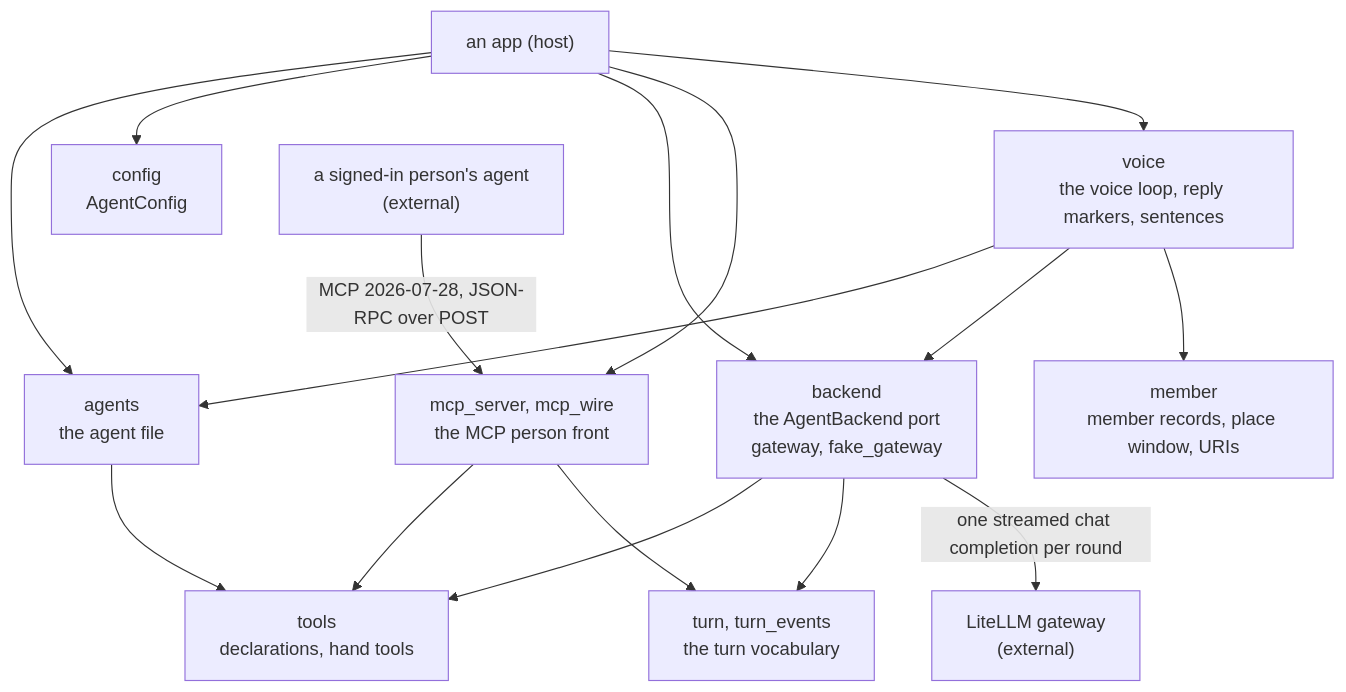
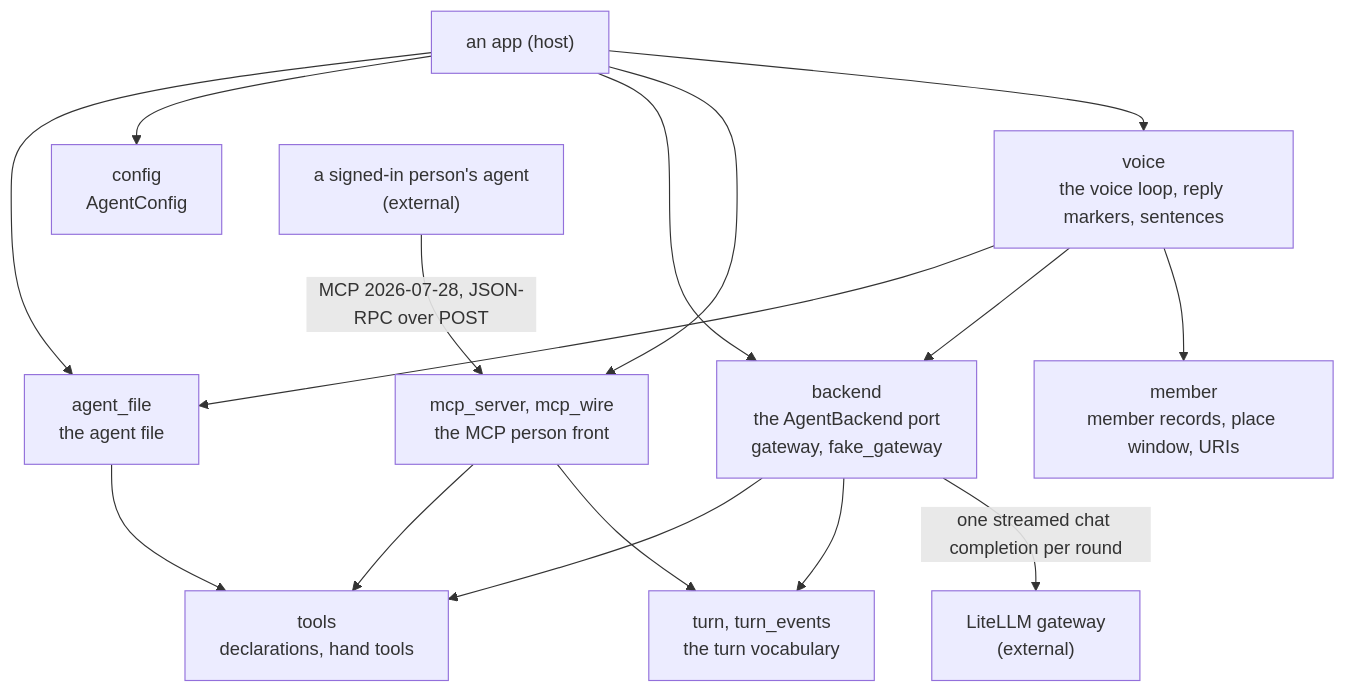
Before and after one commit to overnightworks/agent-runtime: the first of 2 diagrams in docs/ARCHITECTURE.md, drawn with Mermaid. The commit also changed other lines of this file and 67 other files, not shown here.

````diff
--- a/docs/ARCHITECTURE.md
+++ b/docs/ARCHITECTURE.md
@@ -14,30 +14,30 @@
 ```mermaid
 flowchart TB
     app["an app (host)"]
-    agents["agents<br/>the agent file"]
+    agent_file["agent_file<br/>the agent file"]
     tools["tools<br/>declarations, hand tools"]
     config["config<br/>AgentConfig"]
     backend["backend<br/>the AgentBackend port<br/>gateway, fake_gateway"]
     turn["turn, turn_events<br/>the turn vocabulary"]
     mcp["mcp_server, mcp_wire<br/>the MCP person front"]
     member["member<br/>member records, place window, URIs"]
     voice["voice<br/>the voice loop, reply markers, sentences"]
     gateway["LiteLLM gateway<br/>(external)"]
     person["a signed-in person's agent<br/>(external)"]
 
-    app --> agents
+    app --> agent_file
     app --> config
     app --> backend
     app --> mcp
     app --> voice
-    agents --> tools
+    agent_file --> tools
     backend --> tools
     backend --> turn
     mcp --> tools
     mcp --> turn
-    voice --> agents
+    voice --> agent_file
     voice --> backend
     voice --> member
     backend -->|"one streamed chat completion per round"| gateway
     person -->|"MCP 2026-07-28, JSON-RPC over POST"| mcp
 ```
````
